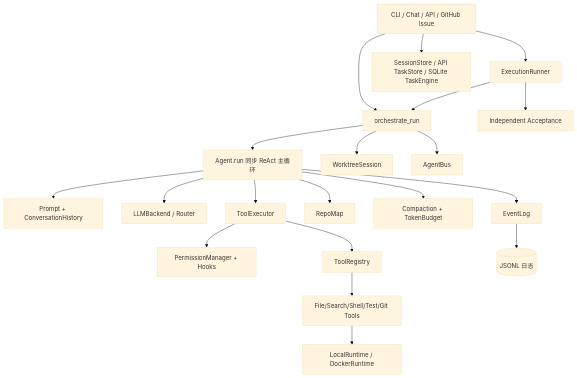
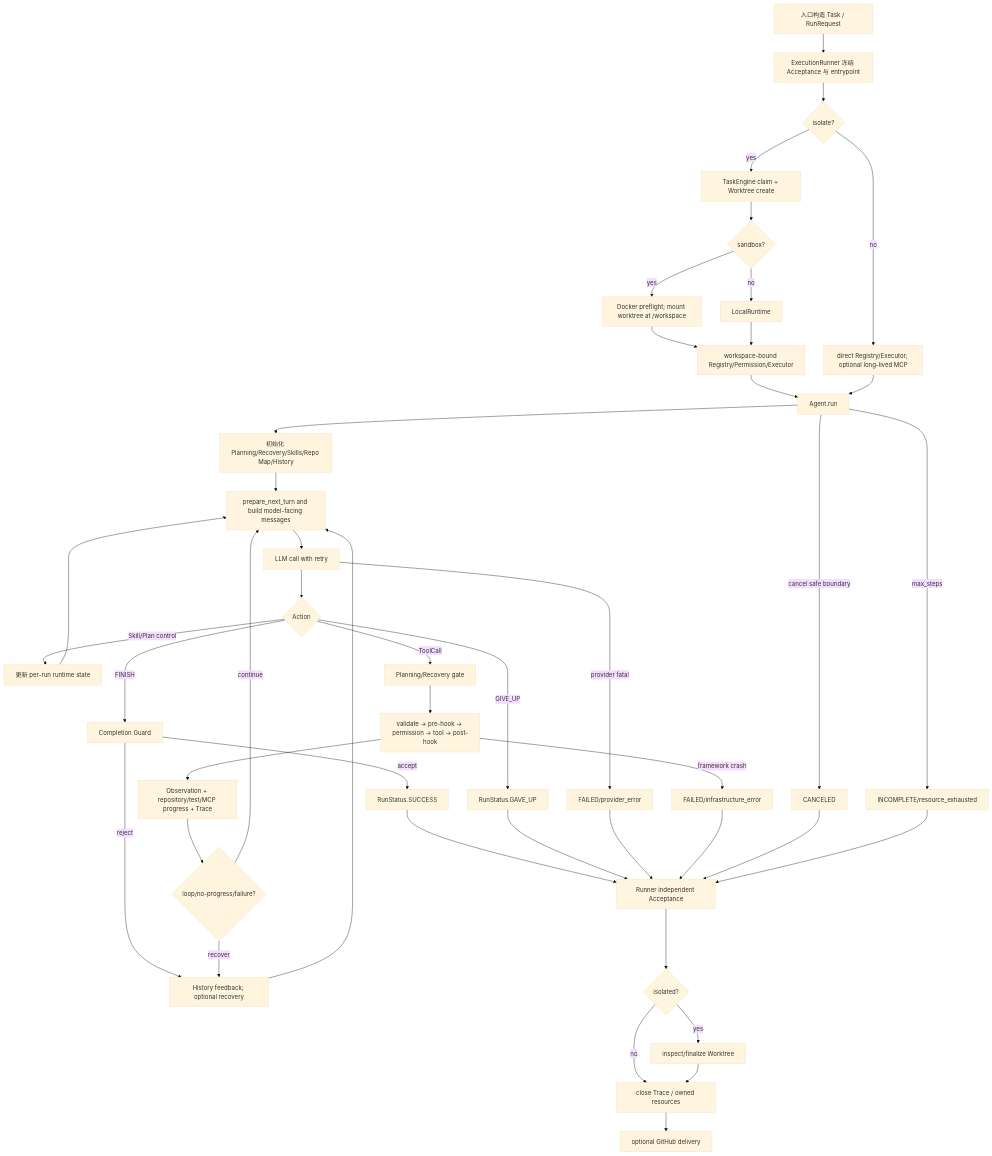
The diagram in docs/design/Forge-Agent-当前代码架构.md (Napabana/forge-agent), drawn with Mermaid (base theme) before and after one commit. The commit also changed other lines of this file and 126 other files, not shown here.

Commit message:
docs: publish architecture knowledge base

````diff
--- a/docs/design/Forge-Agent-当前代码架构.md
+++ b/docs/design/Forge-Agent-当前代码架构.md
@@ -14,22 +46,46 @@
 ```mermaid
 flowchart TD
-  U[CLI / Chat / API / GitHub Issue] --> R[ExecutionRunner]
-  U --> O[orchestrate_run]
-  R --> O
-  O --> A[Agent.run 同步 ReAct 主循环]
-  A --> P[Prompt + ConversationHistory]
-  A --> L[LLMBackend / Router]
-  A --> X[ToolExecutor]
-  X --> PM[PermissionManager + Hooks]
-  X --> T[ToolRegistry]
-  T --> F[File/Search/Shell/Test/Git Tools]
-  F --> RT[LocalRuntime / DockerRuntime]
-  A --> RM[RepoMap]
-  A --> C[Compaction + TokenBudget]
-  A --> E[EventLog]
-  R --> AC[Independent Acceptance]
-  O --> W[WorktreeSession]
-  O --> B[AgentBus]
-  U --> S[SessionStore / API TaskStore / SQLite TaskEngine]
-  E --> LOG[(JSONL 日志)]
+  A[入口构造 Task / RunRequest] --> B[ExecutionRunner 冻结 Acceptance 与 entrypoint]
+  B --> C{isolate?}
+  C -->|yes| D[TaskEngine claim + Worktree create]
+  D --> E{sandbox?}
+  E -->|yes| F[Docker preflight; mount worktree at /workspace]
+  E -->|no| G[LocalRuntime]
+  F --> H[workspace-bound Registry/Permission/Executor]
+  G --> H
+  C -->|no| I[direct Registry/Executor; optional long-lived MCP]
+  H --> J[Agent.run]
+  I --> J
+  J --> K[初始化 Planning/Recovery/Skills/Repo Map/History]
+  K --> L[prepare_next_turn and build model-facing messages]
+  L --> M[LLM call with retry]
+  M --> N{Action}
+  N -->|Skill/Plan control| O[更新 per-run runtime state]
+  N -->|ToolCall| P[Planning/Recovery gate]
+  P --> Q[validate → pre-hook → permission → tool → post-hook]
+  Q --> R[Observation + repository/test/MCP progress + Trace]
+  N -->|FINISH| S[Completion Guard]
+  S -->|reject| T[History feedback; optional recovery]
+  S -->|accept| U[RunStatus.SUCCESS]
+  N -->|GIVE_UP| V[RunStatus.GAVE_UP]
+  O --> L
+  R --> W{loop/no-progress/failure?}
+  W -->|recover| T
+  W -->|continue| L
+  T --> L
+  M -->|provider fatal| X[FAILED/provider_error]
+  Q -->|framework crash| Y[FAILED/infrastructure_error]
+  J -->|cancel safe boundary| Z[CANCELED]
+  J -->|max_steps| AA[INCOMPLETE/resource_exhausted]
+  U --> AB[Runner independent Acceptance]
+  V --> AB
+  X --> AB
+  Y --> AB
+  Z --> AB
+  AA --> AB
+  AB --> AC{isolated?}
+  AC -->|yes| AD[inspect/finalize Worktree]
+  AC -->|no| AE[close Trace / owned resources]
+  AD --> AE
+  AE --> AF[optional GitHub delivery]
 ```
````
